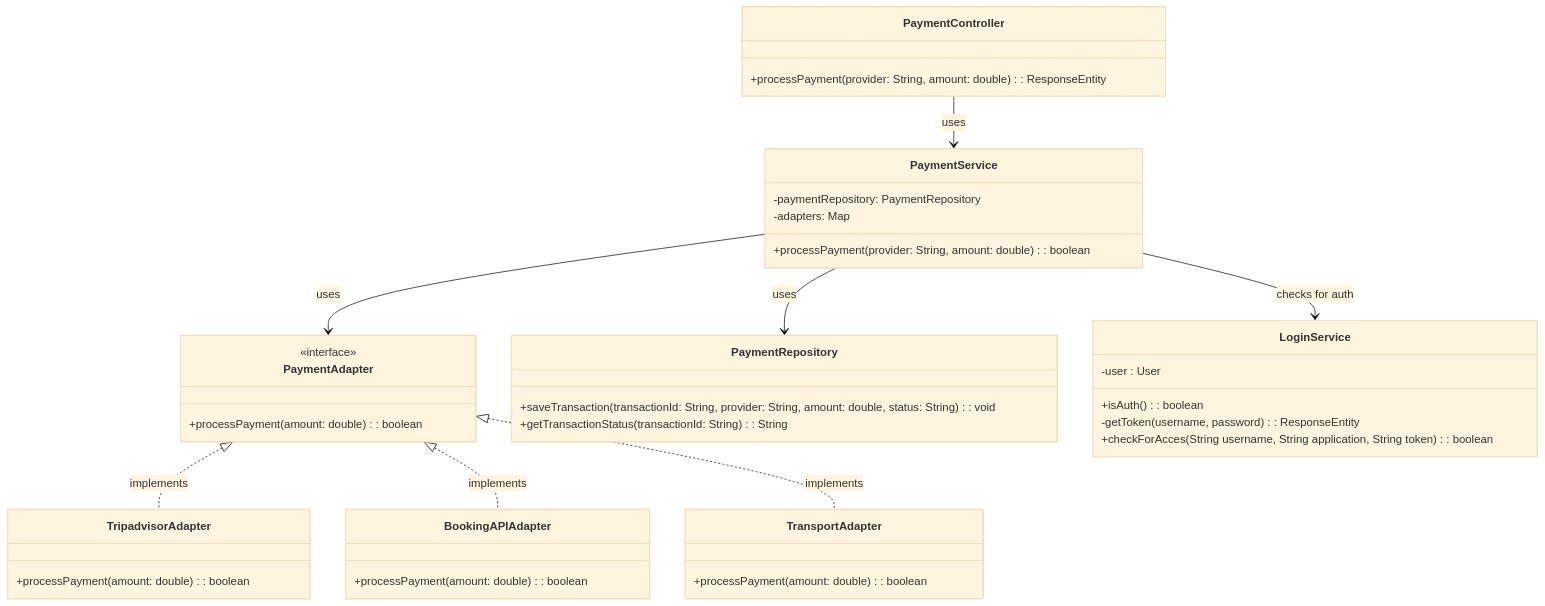
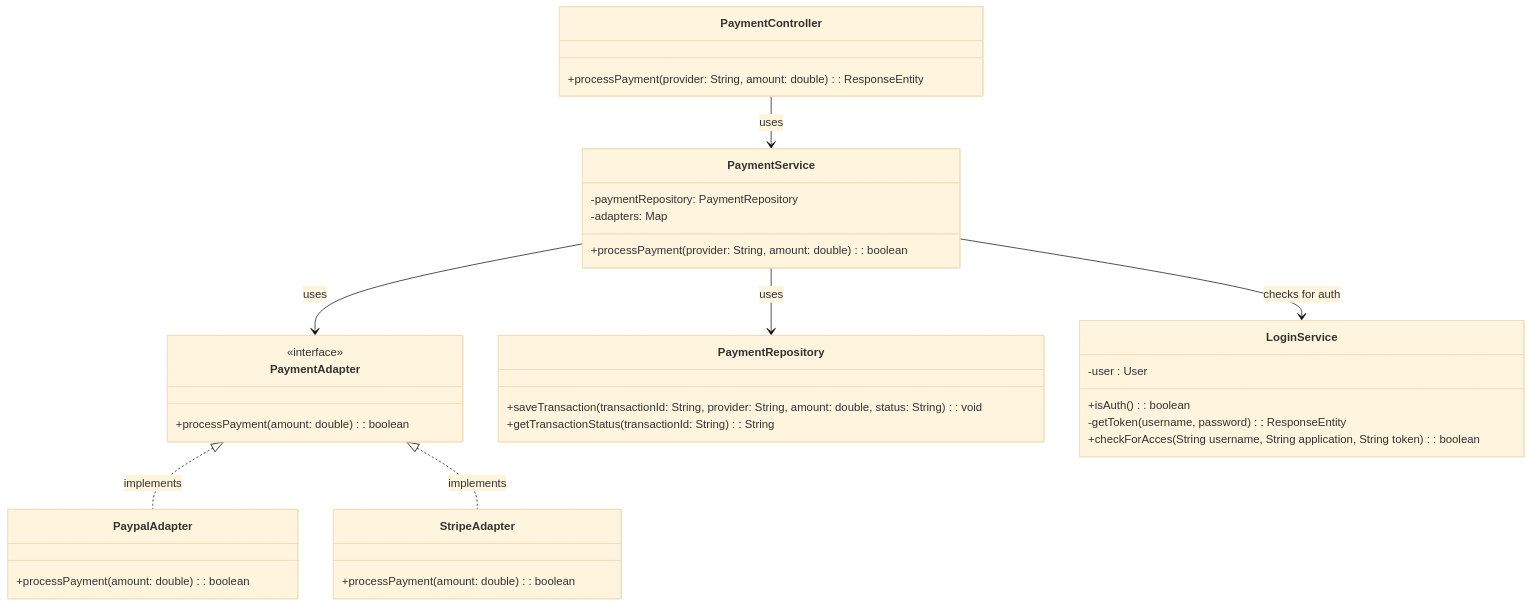
Before and after one commit to AIM-ENE-feb25/triptop-inshallahboys: the second of 3 diagrams in software-guidebook/README.md, drawn with Mermaid (base theme). The commit also changed other lines of this file and 2 other files, not shown here.

````diff
--- a/software-guidebook/README.md
+++ b/software-guidebook/README.md
@@ -166,50 +167,45 @@
 ```mermaid
 classDiagram
     class PaymentController {
         +processPayment(provider: String, amount: double): ResponseEntity<String>
     }
 
     class PaymentService {
         +processPayment(provider: String, amount: double): boolean
         -paymentRepository: PaymentRepository
         -adapters: Map<String, PaymentAdapter>
     }
 
     class PaymentAdapter {
         <<interface>>
         +processPayment(amount: double): boolean
     }
 
-    class TripadvisorAdapter {
+    class PaypalAdapter {
         +processPayment(amount: double): boolean
     }
 
-    class BookingAPIAdapter {
-        +processPayment(amount: double): boolean
-    }
-
-    class TransportAdapter {
+    class StripeAdapter {
         +processPayment(amount: double): boolean
     }
 
     class PaymentRepository {
         +saveTransaction(transactionId: String, provider: String, amount: double, status: String): void
         +getTransactionStatus(transactionId: String): String
     }
 
     class LoginService{
         -user : User
         +isAuth() : boolean
         -getToken(username, password) : ResponseEntity<String>
         +checkForAcces(String username, String application, String token) : boolean
     }
 
     %% Relaties tussen de klassen
     PaymentController --> PaymentService : uses
     PaymentService --> PaymentAdapter : uses
     PaymentService --> PaymentRepository : uses
-    PaymentAdapter <|.. TripadvisorAdapter : implements
-    PaymentAdapter <|.. BookingAPIAdapter : implements
-    PaymentAdapter <|.. TransportAdapter : implements
+    PaymentAdapter <|.. PaypalAdapter : implements
+    PaymentAdapter <|.. StripeAdapter : implements
     PaymentService --> LoginService : checks for auth
 ```
````
